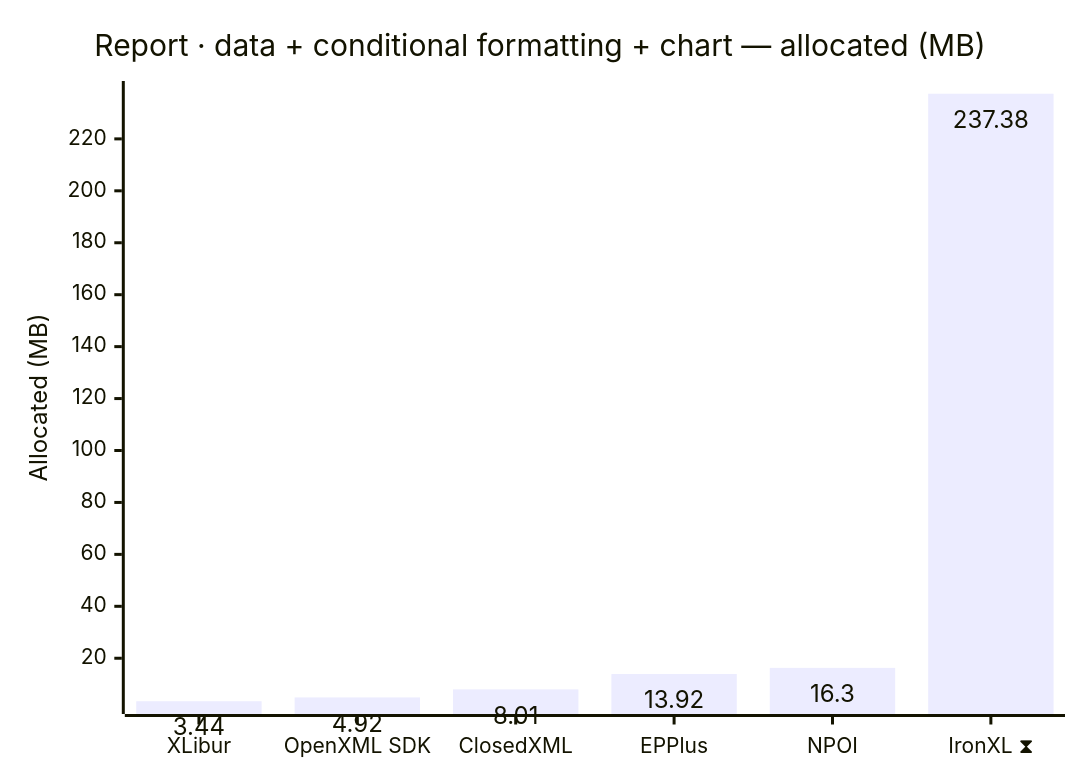
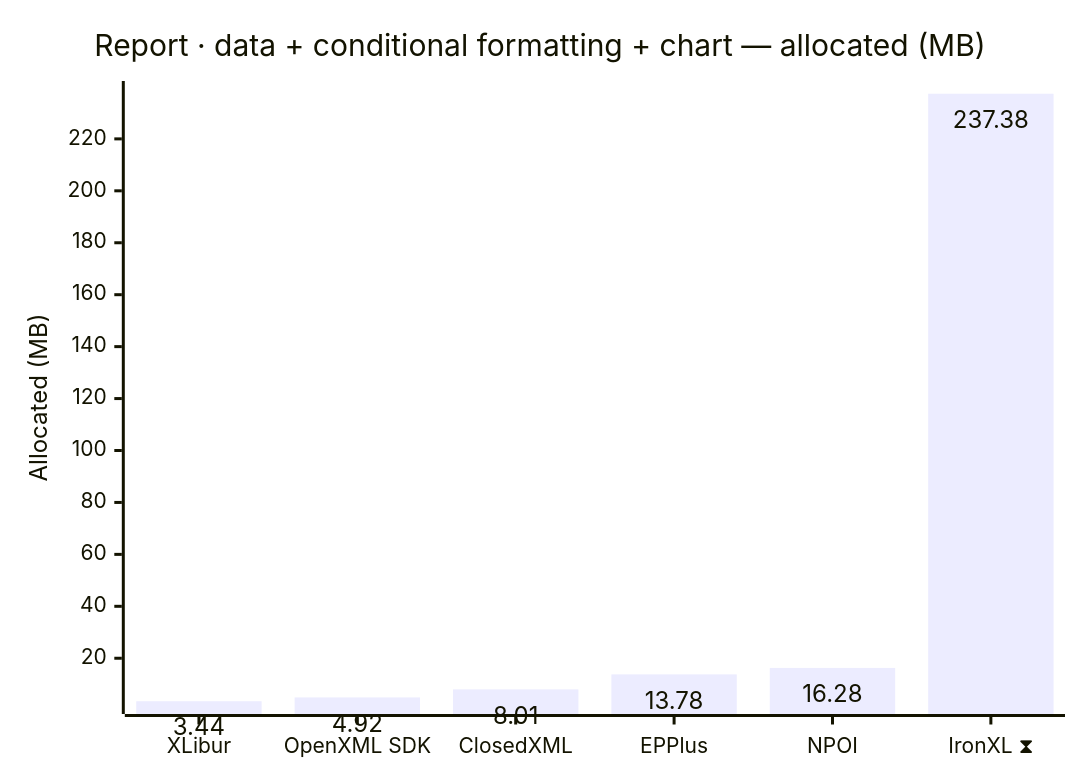
The eighth of 12 diagrams in docs/results-ci.md (jafin/XLBench), drawn with Mermaid before and after one commit. The commit also changed other lines of this file, not shown here.

````diff
--- a/docs/results-ci.md
+++ b/docs/results-ci.md
@@ -132,12 +132,12 @@
 ```mermaid
 ---
 config:
   xyChart:
     showDataLabel: true
 ---
 xychart-beta
     title "Report · data + conditional formatting + chart — allocated (MB)"
     x-axis ["XLibur", "OpenXML SDK", "ClosedXML", "EPPlus", "NPOI", "IronXL ⧗"]
     y-axis "Allocated (MB)"
-    bar [3.44, 4.92, 8.01, 13.92, 16.3, 237.38]
+    bar [3.44, 4.92, 8.01, 13.78, 16.28, 237.38]
 ```
````
